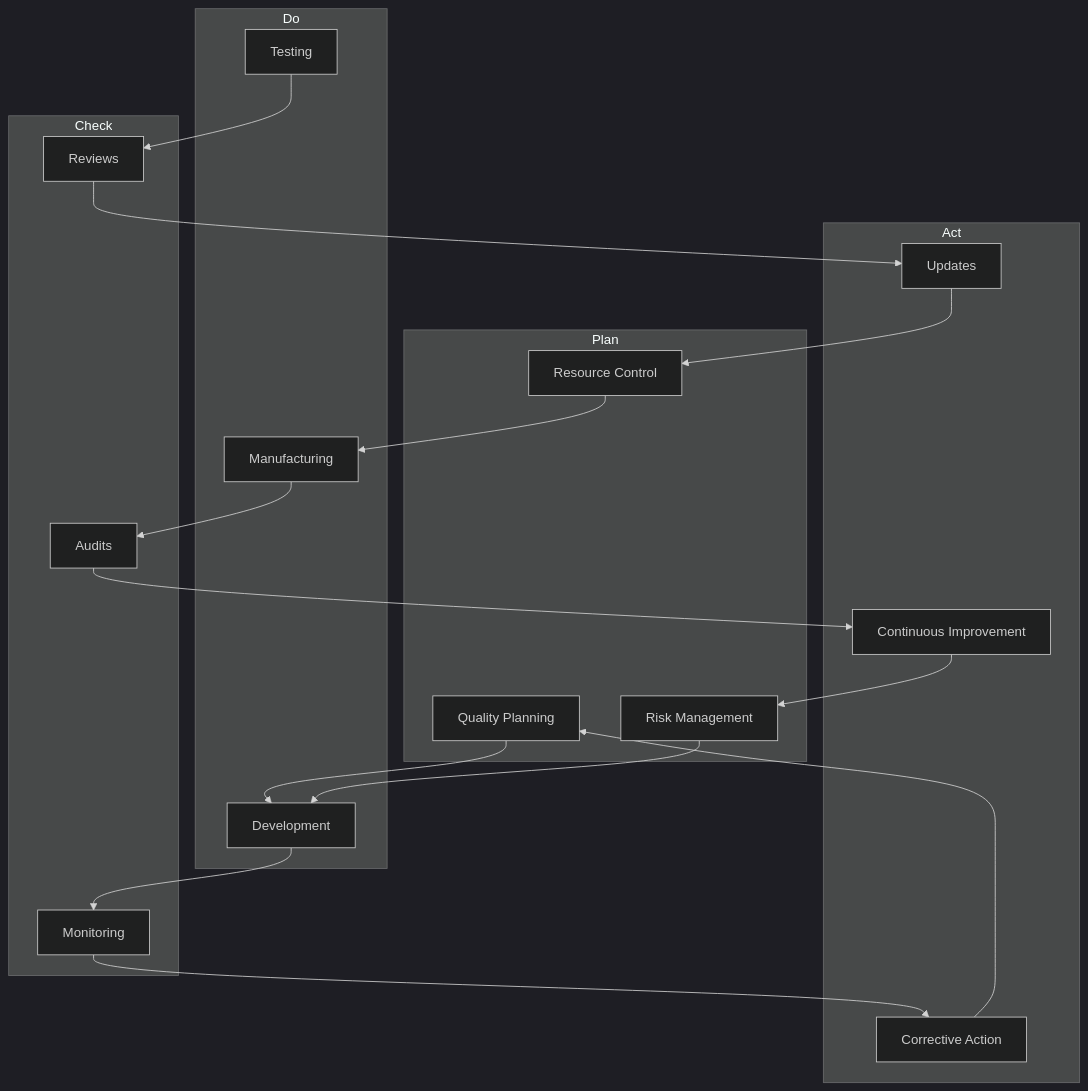
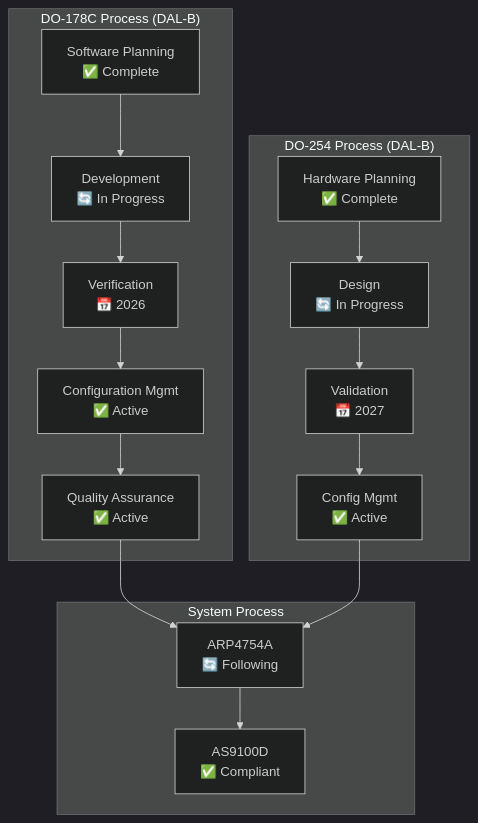
Diagram 14 of 33 in PRODUCT_LINES/QUANTUM/QUANTUM_SOFTWARE/DESIGN/QNS_NAVIGATION/DES_SOFTWARE_DEV/QUA-QNS01-25SVD0001-DES-BOB-ORG-TD-ATA-000-00-01-TPL-DOC-001-QCOM-v1.1.0 .md (Robbbo-T/A-Q-U-A_V), drawn with Mermaid (dark theme) before and after one commit. The commit also changed other lines of this file, not shown here.

````diff
--- a/PRODUCT_LINES/QUANTUM/QUANTUM_SOFTWARE/DESIGN/QNS_NAVIGATION/DES_SOFTWARE_DEV/QUA-QNS01-25SVD0001-DES-BOB-ORG-TD-ATA-000-00-01-TPL-DOC-001-QCOM-v1.1.0 .md
+++ b/PRODUCT_LINES/QUANTUM/QUANTUM_SOFTWARE/DESIGN/QNS_NAVIGATION/DES_SOFTWARE_DEV/QUA-QNS01-25SVD0001-DES-BOB-ORG-TD-ATA-000-00-01-TPL-DOC-001-QCOM-v1.1.0 .md
@@ -793,42 +533,35 @@
 ```mermaid
 graph TB
-    subgraph "Plan"
-        QP[Quality Planning]
-        RM[Risk Management]
-        RC[Resource Control]
+    subgraph "DO-178C Process (DAL-B)"
+        PLAN[Software Planning<br/>✅ Complete]
+        DEV[Development<br/>🔄 In Progress]
+        VER[Verification<br/>📅 2026]
+        CM[Configuration Mgmt<br/>✅ Active]
+        QA[Quality Assurance<br/>✅ Active]
     end
     
-    subgraph "Do"
-        DEV[Development]
-        MFG[Manufacturing]
-        TEST[Testing]
+    subgraph "DO-254 Process (DAL-B)"
+        HPLAN[Hardware Planning<br/>✅ Complete]
+        HDES[Design<br/>🔄 In Progress]
+        HVAL[Validation<br/>📅 2027]
+        HCM[Config Mgmt<br/>✅ Active]
     end
     
-    subgraph "Check"
-        MON[Monitoring]
-        AUD[Audits]
-        REV[Reviews]
+    subgraph "System Process"
+        ARP4754[ARP4754A<br/>🔄 Following]
+        ISO9100[AS9100D<br/>✅ Compliant]
     end
     
-    subgraph "Act"
-        CA[Corrective Action]
-        CI[Continuous Improvement]
-        UP[Updates]
-    end
+    PLAN --> DEV
+    DEV --> VER
+    VER --> CM
+    CM --> QA
     
-    QP --> DEV
-    RM --> DEV
-    RC --> MFG
+    HPLAN --> HDES
+    HDES --> HVAL
+    HVAL --> HCM
     
-    DEV --> MON
-    MFG --> AUD
-    TEST --> REV
-    
-    MON --> CA
-    AUD --> CI
-    REV --> UP
-    
-    CA --> QP
-    CI --> RM
-    UP --> RC
+    QA --> ARP4754
+    HCM --> ARP4754
+    ARP4754 --> ISO9100
 ```
````
